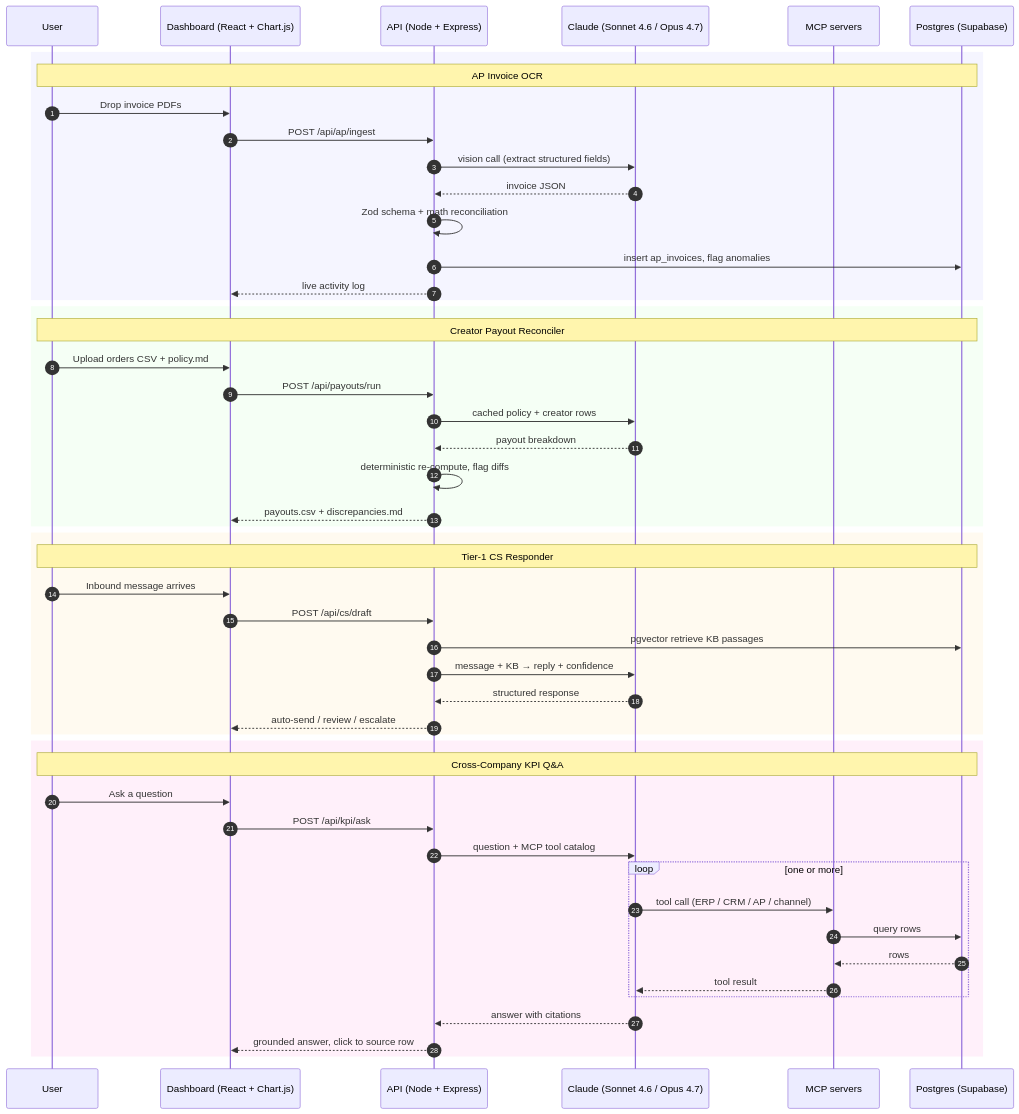
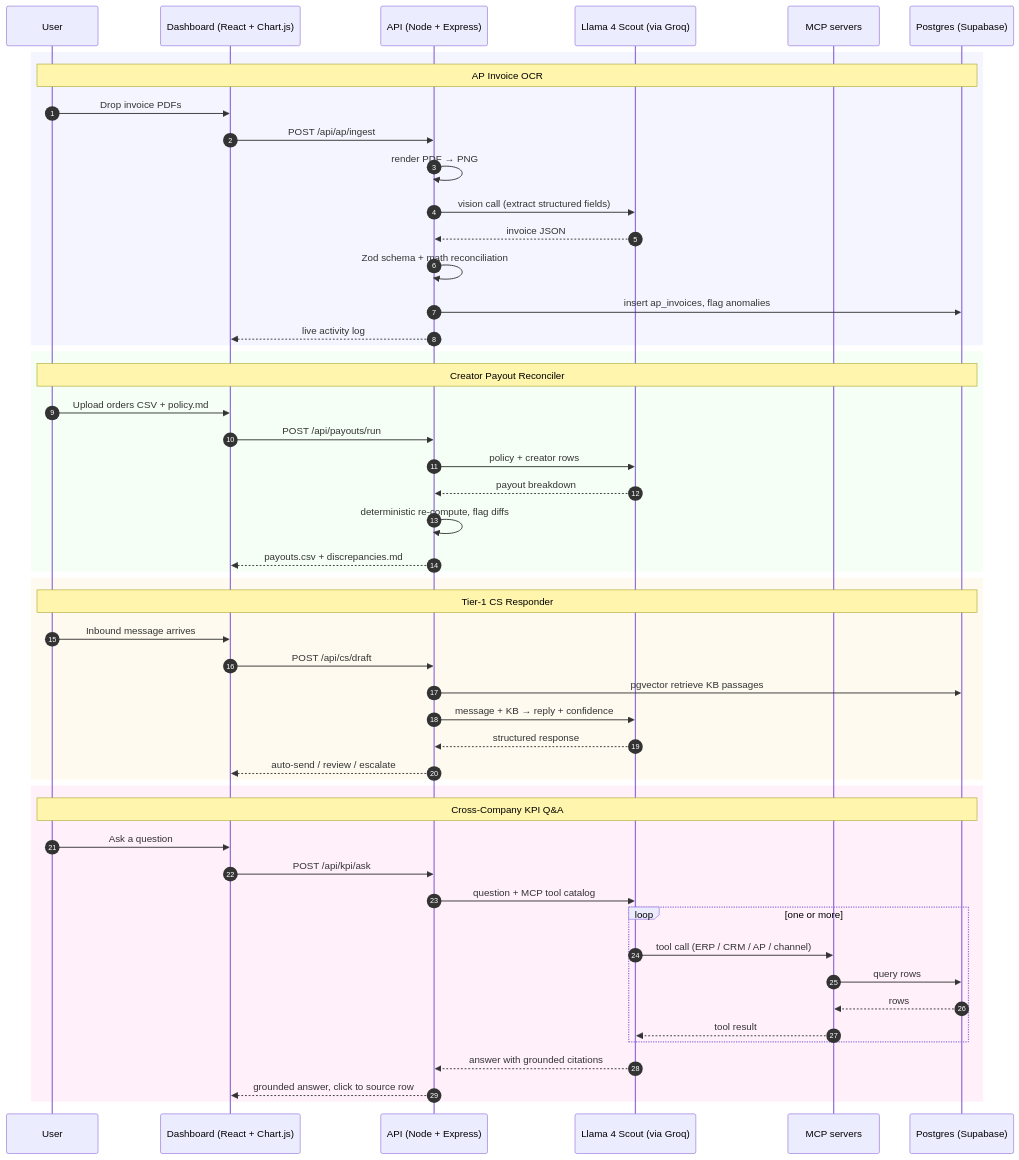
Before and after one commit to Builder106/helm: the diagram in README.md, drawn with Mermaid. The commit also changed other lines of this file and 14 other files, not shown here.

````diff
--- a/README.md
+++ b/README.md
@@ -34,56 +35,57 @@
 ```mermaid
 sequenceDiagram
     autonumber
     participant U as User
     participant D as Dashboard (React + Chart.js)
     participant API as API (Node + Express)
-    participant C as Claude (Sonnet 4.6 / Opus 4.7)
+    participant L as Llama 4 Scout (via Groq)
     participant MCP as MCP servers
     participant DB as Postgres (Supabase)
 
     rect rgb(245, 245, 255)
     Note over U,DB: AP Invoice OCR
     U->>D: Drop invoice PDFs
     D->>API: POST /api/ap/ingest
-    API->>C: vision call (extract structured fields)
-    C-->>API: invoice JSON
+    API->>API: render PDF → PNG
+    API->>L: vision call (extract structured fields)
+    L-->>API: invoice JSON
     API->>API: Zod schema + math reconciliation
     API->>DB: insert ap_invoices, flag anomalies
     API-->>D: live activity log
     end
 
     rect rgb(245, 255, 245)
     Note over U,DB: Creator Payout Reconciler
     U->>D: Upload orders CSV + policy.md
     D->>API: POST /api/payouts/run
-    API->>C: cached policy + creator rows
-    C-->>API: payout breakdown
+    API->>L: policy + creator rows
+    L-->>API: payout breakdown
     API->>API: deterministic re-compute, flag diffs
     API-->>D: payouts.csv + discrepancies.md
     end
 
     rect rgb(255, 250, 240)
     Note over U,DB: Tier-1 CS Responder
     U->>D: Inbound message arrives
     D->>API: POST /api/cs/draft
     API->>DB: pgvector retrieve KB passages
-    API->>C: message + KB → reply + confidence
-    C-->>API: structured response
+    API->>L: message + KB → reply + confidence
+    L-->>API: structured response
     API-->>D: auto-send / review / escalate
     end
 
     rect rgb(255, 240, 250)
     Note over U,DB: Cross-Company KPI Q&A
     U->>D: Ask a question
     D->>API: POST /api/kpi/ask
-    API->>C: question + MCP tool catalog
+    API->>L: question + MCP tool catalog
     loop one or more
-        C->>MCP: tool call (ERP / CRM / AP / channel)
+        L->>MCP: tool call (ERP / CRM / AP / channel)
         MCP->>DB: query rows
         DB-->>MCP: rows
-        MCP-->>C: tool result
+        MCP-->>L: tool result
     end
-    C-->>API: answer with citations
+    L-->>API: answer with grounded citations
     API-->>D: grounded answer, click to source row
     end
 ```
````
